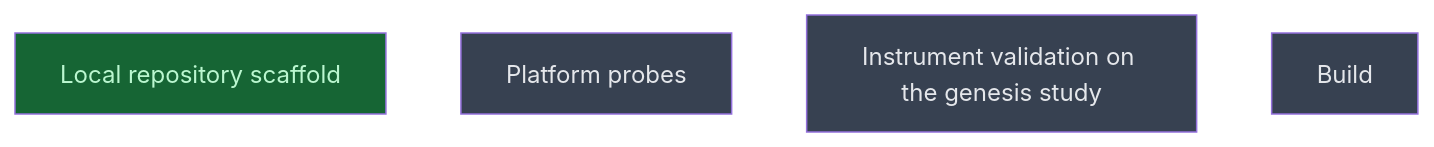
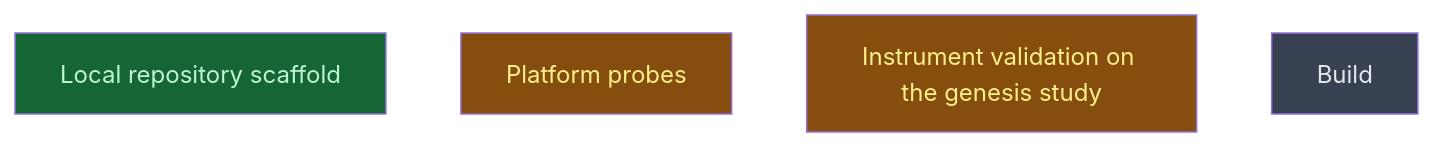
Before and after one commit to CrackingShells/Murmuration: the diagram in __roadmap__/murmuration/README.md, drawn with Mermaid. The commit also changed other lines of this file, not shown here.

Commit message:
chore(roadmap): start wave 1

````diff
--- a/__roadmap__/murmuration/README.md
+++ b/__roadmap__/murmuration/README.md
@@ -19,12 +19,12 @@
 ```mermaid
 graph TD
     repository[Local repository scaffold]:::done
-    platform_probes[Platform probes]:::planned
-    instrument_validation[Instrument validation on the genesis study]:::planned
+    platform_probes[Platform probes]:::inprogress
+    instrument_validation[Instrument validation on the genesis study]:::inprogress
     build[Build]:::planned
     classDef done       fill:#166534,color:#bbf7d0
     classDef inprogress fill:#854d0e,color:#fef08a
     classDef planned    fill:#374151,color:#e5e7eb
     classDef amendment  fill:#1e3a5f,color:#bfdbfe
     classDef blocked    fill:#7f1d1d,color:#fecaca
 ```
````
